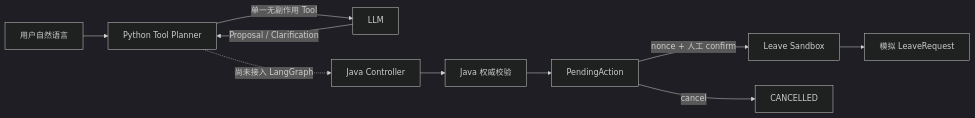
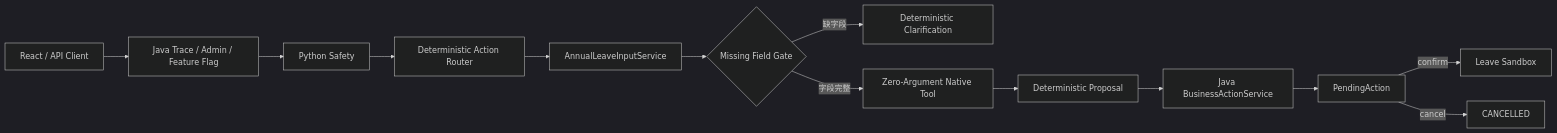
The diagram in docs/controlled-business-actions.md (izz-BLUE/enterprise-ai-copilot), drawn with Mermaid (dark theme) before and after one commit. The commit also changed other lines of this file and 2 other files, not shown here.

Commit message:
docs: document controlled business action flow

````diff
--- a/docs/controlled-business-actions.md
+++ b/docs/controlled-business-actions.md
@@ -11,12 +11,15 @@
 ```mermaid
 flowchart LR
-    U[用户自然语言] --> P[Python Tool Planner]
-    P -->|单一无副作用 Tool| L[LLM]
-    L -->|Proposal / Clarification| P
-    P -. 尚未接入 LangGraph .-> J[Java Controller]
-    J --> V[Java 权威校验]
+    U[React / API Client] --> J[Java Trace / Admin / Feature Flag]
+    J --> S[Python Safety]
+    S --> R[Deterministic Action Router]
+    R --> I[AnnualLeaveInputService]
+    I --> G{Missing Field Gate}
+    G -->|缺字段| C[Deterministic Clarification]
+    G -->|字段完整| T[Zero-Argument Native Tool]
+    T --> P[Deterministic Proposal]
+    P --> V[Java BusinessActionService]
     V --> A[PendingAction]
-    A -->|nonce + 人工 confirm| S[Leave Sandbox]
-    A -->|cancel| C[CANCELLED]
-    S --> R[模拟 LeaveRequest]
+    A -->|confirm| L[Leave Sandbox]
+    A -->|cancel| X[CANCELLED]
 ```
````
